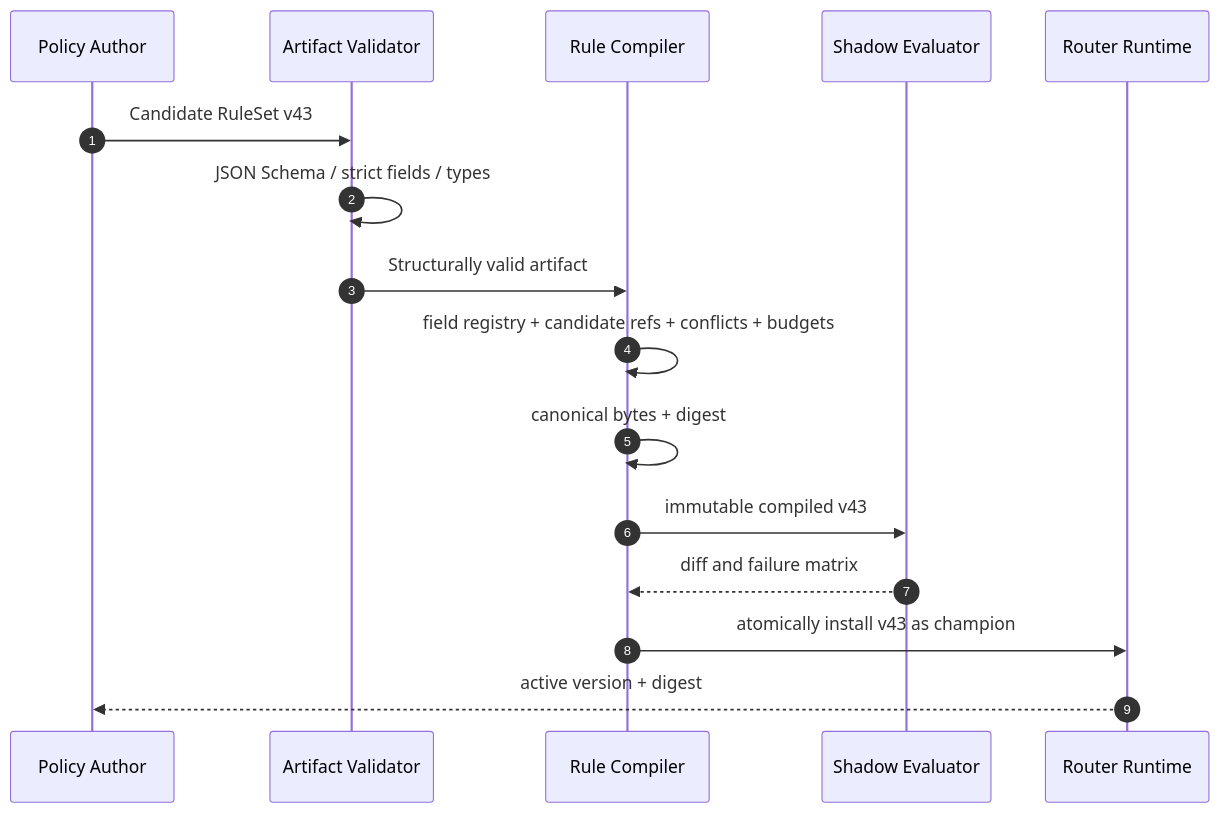
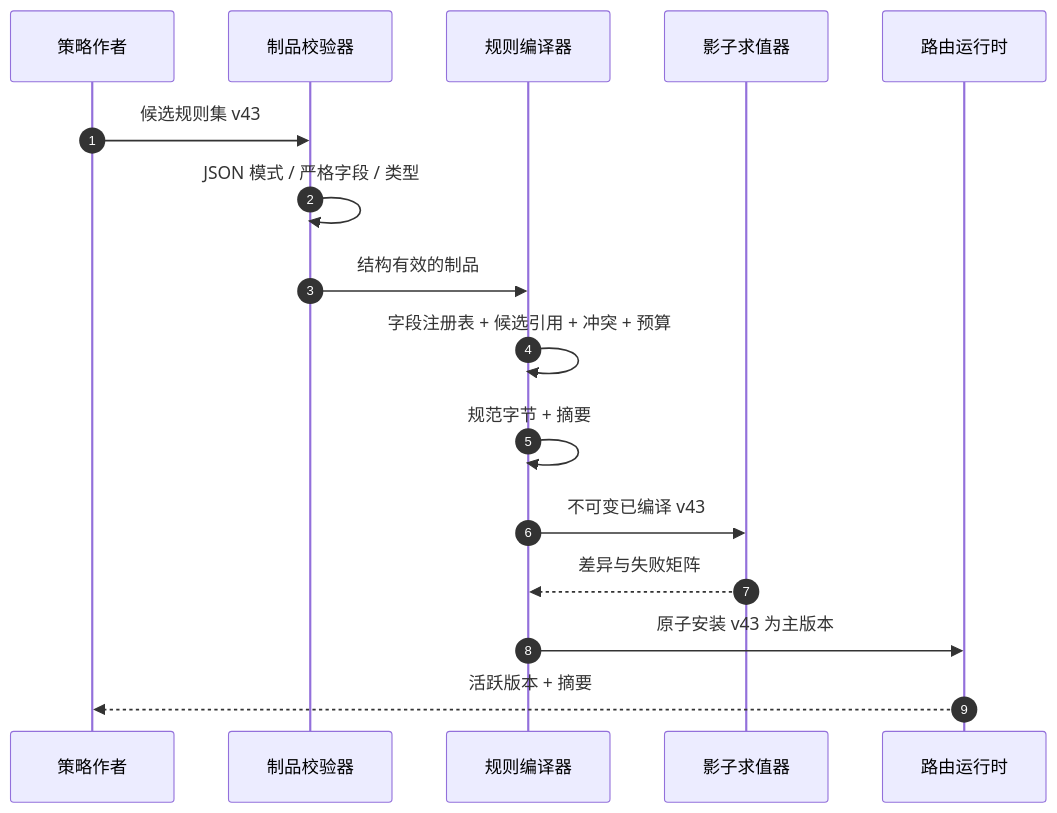
The third of 4 diagrams in part-2-routing-engine/rule-based-routing.md (YouEclipse/Designing-Modern-Payment-Systems), drawn with Mermaid before and after one commit. The commit also changed other lines of this file and 59 other files, not shown here.

````diff
--- a/part-2-routing-engine/rule-based-routing.md
+++ b/part-2-routing-engine/rule-based-routing.md
@@ -295,19 +295,19 @@
 ```mermaid
 sequenceDiagram
     autonumber
-    participant A as Policy Author
-    participant V as Artifact Validator
-    participant C as Rule Compiler
-    participant S as Shadow Evaluator
-    participant R as Router Runtime
+    participant A as 策略作者
+    participant V as 制品校验器
+    participant C as 规则编译器
+    participant S as 影子求值器
+    participant R as 路由运行时
 
-    A->>V: Candidate RuleSet v43
-    V->>V: JSON Schema / strict fields / types
-    V->>C: Structurally valid artifact
-    C->>C: field registry + candidate refs + conflicts + budgets
-    C->>C: canonical bytes + digest
-    C->>S: immutable compiled v43
-    S-->>C: diff and failure matrix
-    C->>R: atomically install v43 as champion
-    R-->>A: active version + digest
+    A->>V: 候选规则集 v43
+    V->>V: JSON 模式 / 严格字段 / 类型
+    V->>C: 结构有效的制品
+    C->>C: 字段注册表 + 候选引用 + 冲突 + 预算
+    C->>C: 规范字节 + 摘要
+    C->>S: 不可变已编译 v43
+    S-->>C: 差异与失败矩阵
+    C->>R: 原子安装 v43 为主版本
+    R-->>A: 活跃版本 + 摘要
 ```
````
